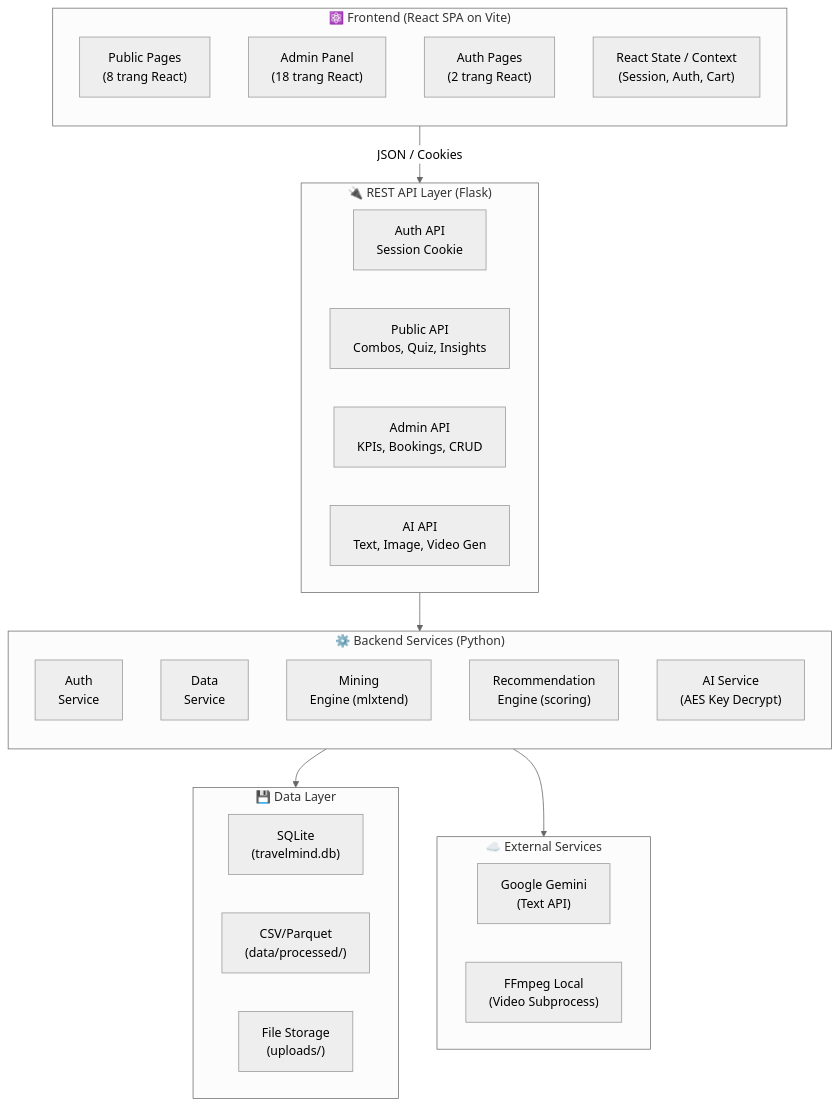
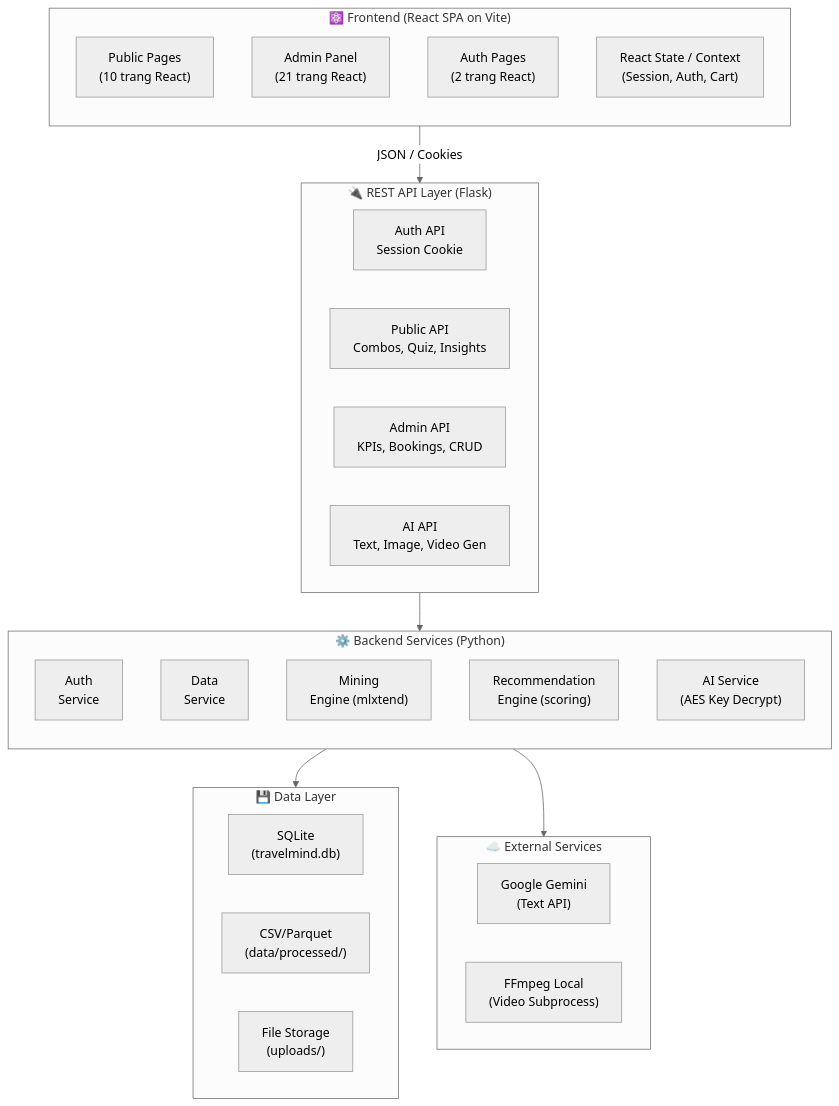
Before and after one commit to Kandesfx/TravelMind: the first of 4 diagrams in docs/04_kien_truc_he_thong.md, drawn with Mermaid (neutral theme). The commit also changed other lines of this file and 26 other files, not shown here.

````diff
--- a/docs/04_kien_truc_he_thong.md
+++ b/docs/04_kien_truc_he_thong.md
@@ -11,45 +11,45 @@
 ```mermaid
 flowchart TB
     subgraph CLIENT["⚛️ Frontend (React SPA on Vite)"]
         direction TB
-        PUB["Public Pages\n(8 trang React)"]
-        ADM["Admin Panel\n(18 trang React)"]
+        PUB["Public Pages\n(10 trang React)"]
+        ADM["Admin Panel\n(21 trang React)"]
         AUTH_P["Auth Pages\n(2 trang React)"]
         STORE["React State / Context\n(Session, Auth, Cart)"]
     end
 
     subgraph API_LAYER["🔌 REST API Layer (Flask)"]
         direction LR
         AUTH_API["Auth API\nSession Cookie"]
         PUBLIC_API["Public API\nCombos, Quiz, Insights"]
         ADMIN_API["Admin API\nKPIs, Bookings, CRUD"]
         AI_API["AI API\nText, Image, Video Gen"]
     end
 
     subgraph SERVICES["⚙️ Backend Services (Python)"]
         direction TB
         AUTH_SVC["Auth\nService"]
         DATA_SVC["Data\nService"]
         MINING_SVC["Mining\nEngine (mlxtend)"]
         REC_SVC["Recommendation\nEngine (scoring)"]
         AI_SVC["AI Service\n(AES Key Decrypt)"]
     end
 
     subgraph DATA_LAYER["💾 Data Layer"]
         direction LR
         SQLITE["SQLite\n(travelmind.db)"]
         CSV["CSV/Parquet\n(data/processed/)"]
         FILES["File Storage\n(uploads/)"]
     end
 
     subgraph EXTERNAL["☁️ External Services"]
         direction LR
         LLM["Google Gemini\n(Text API)"]
         FFMPEG["FFmpeg Local\n(Video Subprocess)"]
     end
 
     CLIENT -->|JSON / Cookies| API_LAYER
     API_LAYER --> SERVICES
     SERVICES --> DATA_LAYER
     AI_SVC --> EXTERNAL
 ```
````
